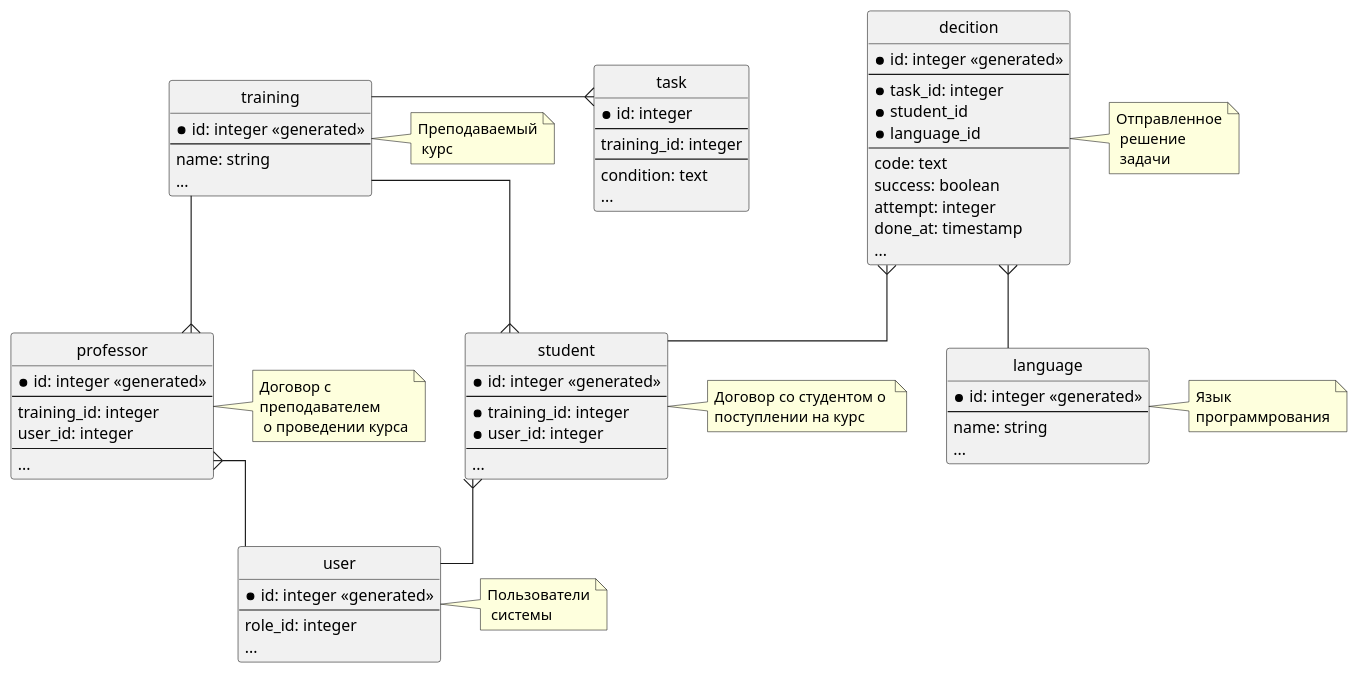
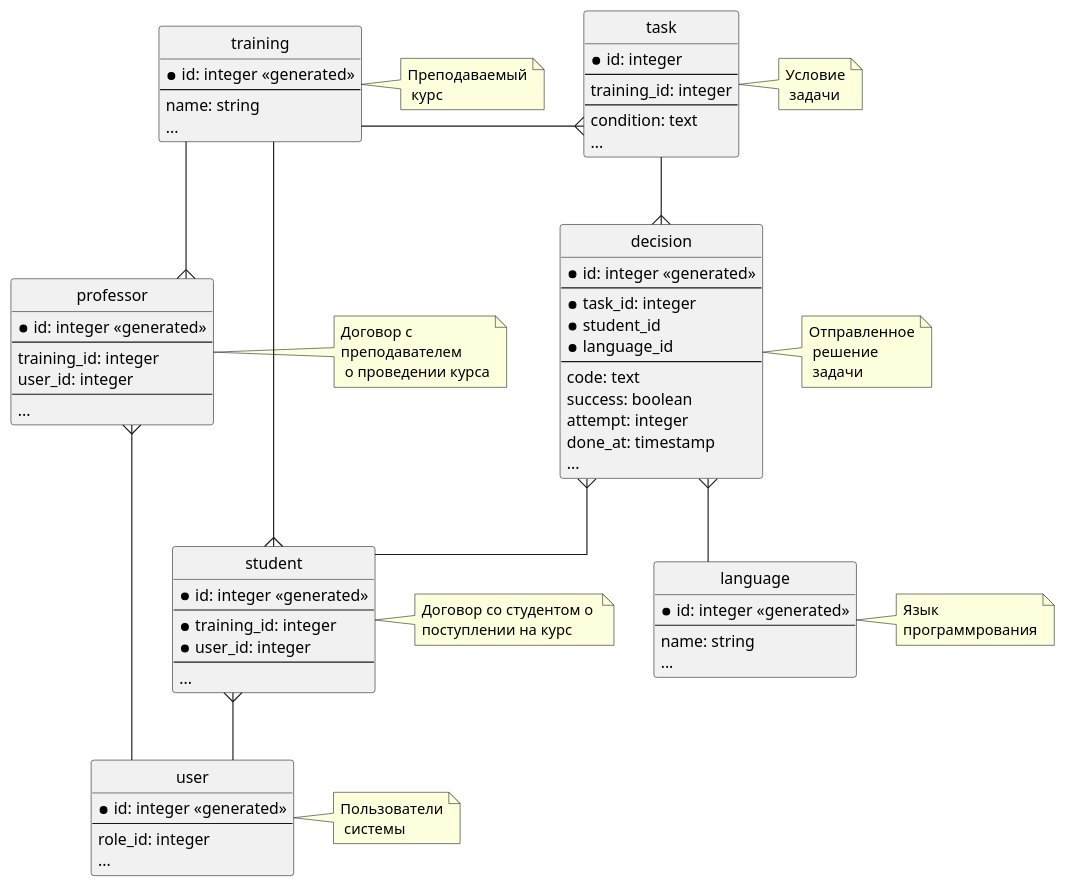
Before and after one commit to inutcin/codecontest: the diagram in docs/dicisions/ADR-0002/wsd/er_manager.wsd, drawn with PlantUML. The commit also changed 8 other files, not shown here.

```diff
--- a/docs/dicisions/ADR-0002/wsd/er_manager.wsd
+++ b/docs/dicisions/ADR-0002/wsd/er_manager.wsd
@@ -1,87 +1,88 @@
 @startuml "ER Manager"
 
 skinparam linetype ortho
 hide circle
 
 
 entity user{
     * id: integer <<generated>>
     --
     role_id: integer
     ...
 }
 
-entity decition {
+entity decision {
     *id: integer <<generated>> 
     --
     *task_id: integer
     *student_id
     *language_id
     --
     code: text
     success: boolean
     attempt: integer
     done_at: timestamp
     ...
 }
 
 entity training {
     * id: integer <<generated>>
     --
     name: string
     ...
 }
 
 entity student {
     * id: integer <<generated>>
     --
     * training_id: integer
     * user_id: integer
     --
     ...
 }
 
 entity professor {
     * id: integer <<generated>>
     --
     training_id: integer
     user_id: integer
     --
     ...
 }
 
 entity language {
     * id: integer <<generated>>
     --
     name: string
     ...
 }
 
 entity task {
     * id: integer
     --
     training_id: integer
     --
     condition: text
     ...
 }
 
-decition }-- student 
+task --{ decision
+decision }-- student 
 student }-u- training
 student }-- user
 professor }-u- training
 professor }-- user
-language -u-{ decition
+language -u-{ decision
 task }-l- training
 
 
 note right of student: Договор со студентом о \nпоступлении на курс
 note right of professor: Договор с \nпреподавателем\n о проведении курса
 note right of user: Пользователи\n системы
-note right of decition: Отправленное\n решение\n задачи
+note right of decision: Отправленное\n решение\n задачи
 note right of training: Преподаваемый\n курс
-
+note right of task: Условие\n задачи
 note right of language: Язык \nпрограммрования
 
 
 @enduml
```
